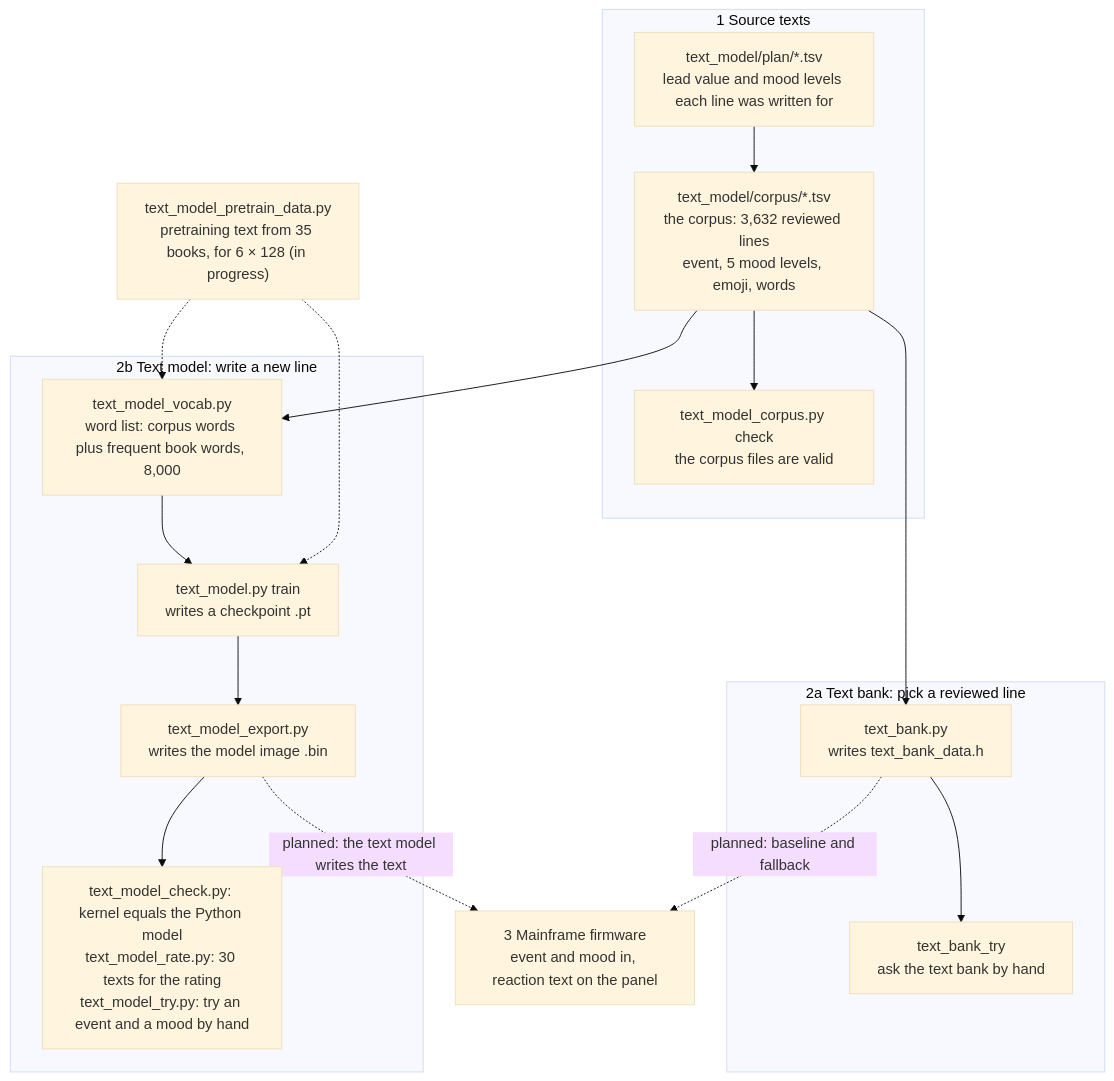
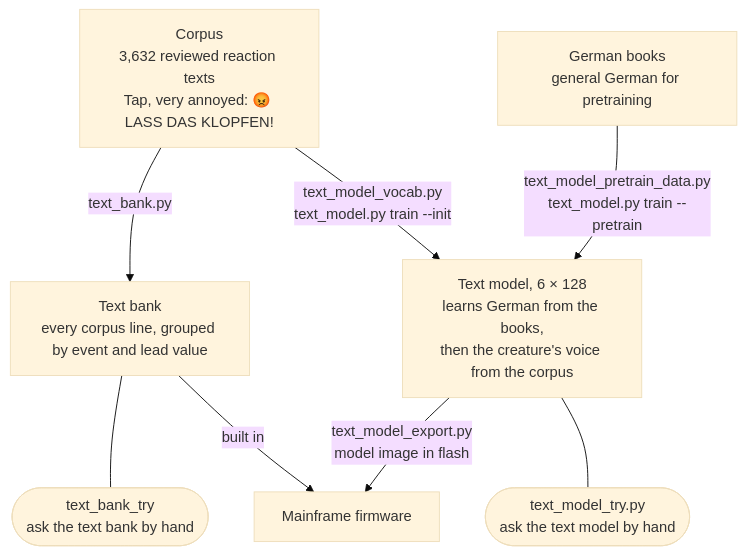
The first of 2 diagrams in README.md (tiefencode/decaflash-v2), drawn with Mermaid (base theme) before and after one commit. The commit also changed other lines of this file, not shown here.

Commit message:
docs(readme): show the goal of text bank and text model in two diagrams
Replaces the single flow diagram with the parent session's two goal
diagrams, as the user asked: from the corpus to the device, and what the
Mainframe does at every event. Labels checked against the branch:
pretraining at 6 x 128 with its commands, the text bank grouped by event
and lead value, and the fallback also when the panel is hidden. A
sentence says the firmware uses neither yet.

````diff
--- a/README.md
+++ b/README.md
@@ -79,37 +79,18 @@
 ```mermaid
 flowchart TD
-  subgraph SRC["1 Source texts"]
-    plan["text_model/plan/*.tsv<br/>lead value and mood levels each line was written for"]
-    corpus["text_model/corpus/*.tsv<br/>the corpus: 3,632 reviewed lines<br/>event, 5 mood levels, emoji, words"]
-    ccheck["text_model_corpus.py check<br/>the corpus files are valid"]
-    plan --> corpus
-    corpus --> ccheck
-  end
+  corpus["Corpus<br/>3,632 reviewed reaction texts<br/>Tap, very annoyed: 😡 LASS DAS KLOPFEN!"]
+  books["German books<br/>general German for pretraining"]
+  bank["Text bank<br/>every corpus line, grouped by event and lead value"]
+  model["Text model, 6 × 128<br/>learns German from the books,<br/>then the creature's voice from the corpus"]
+  banktry(["text_bank_try<br/>ask the text bank by hand"])
+  modeltry(["text_model_try.py<br/>ask the text model by hand"])
+  fw["Mainframe firmware"]
 
-  subgraph BANK["2a Text bank: pick a reviewed line"]
-    bankgen["text_bank.py<br/>writes text_bank_data.h"]
-    banktry["text_bank_try<br/>ask the text bank by hand"]
-    bankgen --> banktry
-  end
-
-  subgraph MODEL["2b Text model: write a new line"]
-    vocab["text_model_vocab.py<br/>word list: corpus words plus frequent book words, 8,000"]
-    train["text_model.py train<br/>writes a checkpoint .pt"]
-    export["text_model_export.py<br/>writes the model image .bin"]
-    tools["text_model_check.py: kernel equals the Python model<br/>text_model_rate.py: 30 texts for the rating<br/>text_model_try.py: try an event and a mood by hand"]
-    vocab --> train
-    train --> export
-    export --> tools
-  end
-
-  fw["3 Mainframe firmware<br/>event and mood in, reaction text on the panel"]
-
-  corpus --> bankgen
-  corpus --> vocab
-  bankgen -.->|"planned: baseline and fallback"| fw
-  export -.->|"planned: the text model writes the text"| fw
-
-  pre["text_model_pretrain_data.py<br/>pretraining text from 35 books, for 6 × 128 (in progress)"]
-  pre -.-> vocab
-  pre -.-> train
+  corpus -->|"text_bank.py"| bank
+  corpus -->|"text_model_vocab.py<br/>text_model.py train --init"| model
+  books -->|"text_model_pretrain_data.py<br/>text_model.py train --pretrain"| model
+  bank --- banktry
+  model --- modeltry
+  bank -->|"built in"| fw
+  model -->|"text_model_export.py<br/>model image in flash"| fw
 ```
````
